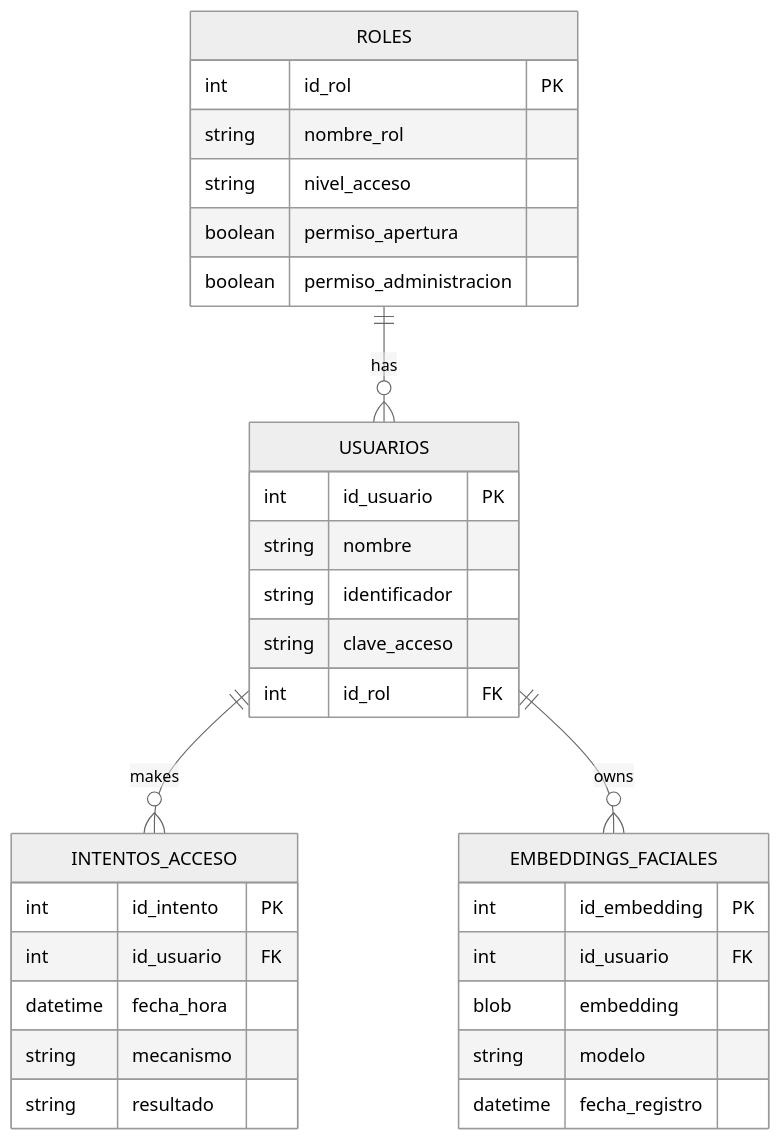
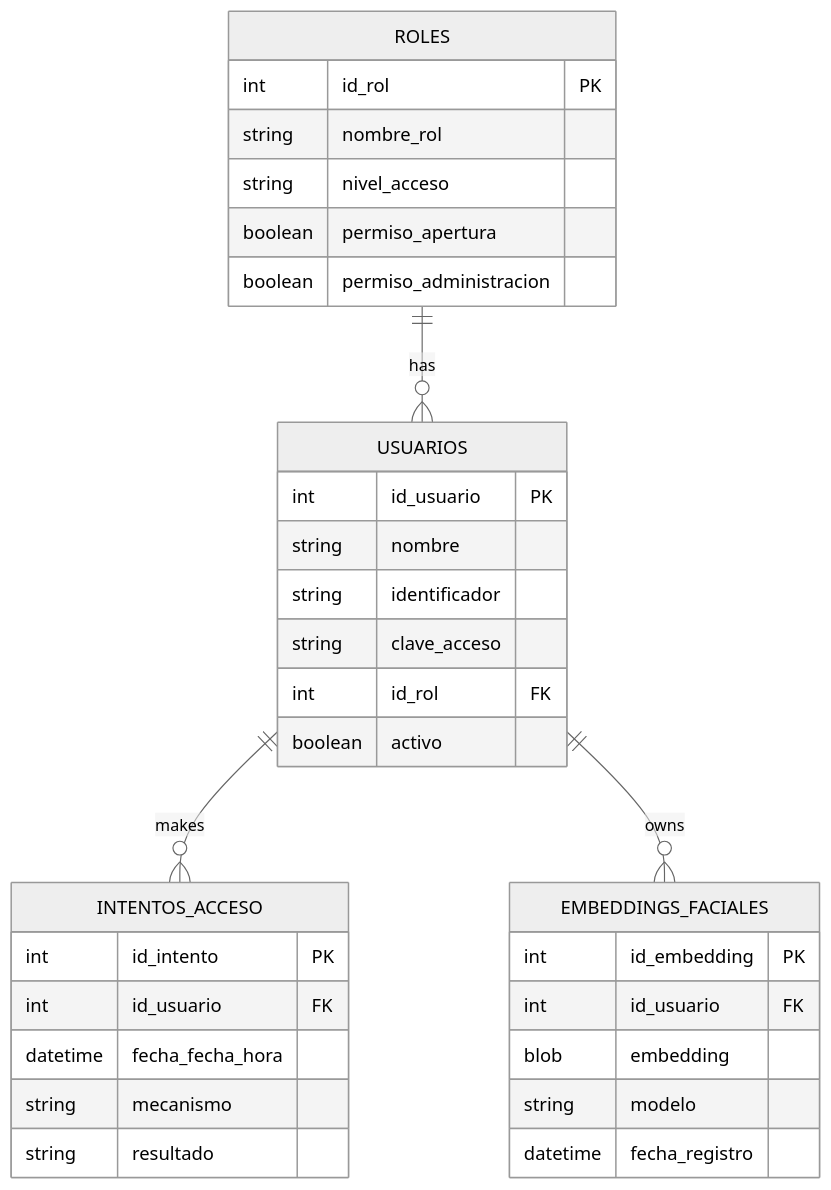
Before and after one commit to Gowrgie/ControlAccesoLocal: the diagram in documentacion/data.md, drawn with Mermaid (neutral theme).

Commit message:
LAC-65: Document user deactivation and biometric data rules

````diff
--- a/documentacion/data.md
+++ b/documentacion/data.md
@@ -1,38 +1,39 @@
 ```mermaid
 erDiagram
     ROLES ||--o{ USUARIOS : "has"
     USUARIOS ||--o{ INTENTOS_ACCESO : "makes"
     USUARIOS ||--o{ EMBEDDINGS_FACIALES : "owns"
 
     ROLES {
         int id_rol PK
         string nombre_rol
         string nivel_acceso
         boolean permiso_apertura
         boolean permiso_administracion
     }
 
     USUARIOS {
         int id_usuario PK
         string nombre
         string identificador
         string clave_acceso
         int id_rol FK
+        boolean activo
     }
 
     INTENTOS_ACCESO {
         int id_intento PK
         int id_usuario FK
-        datetime fecha_hora
+        datetime fecha_fecha_hora
         string mecanismo
         string resultado
     }
 
     EMBEDDINGS_FACIALES {
         int id_embedding PK
         int id_usuario FK
         blob embedding
         string modelo
         datetime fecha_registro
     }
 ```
````
